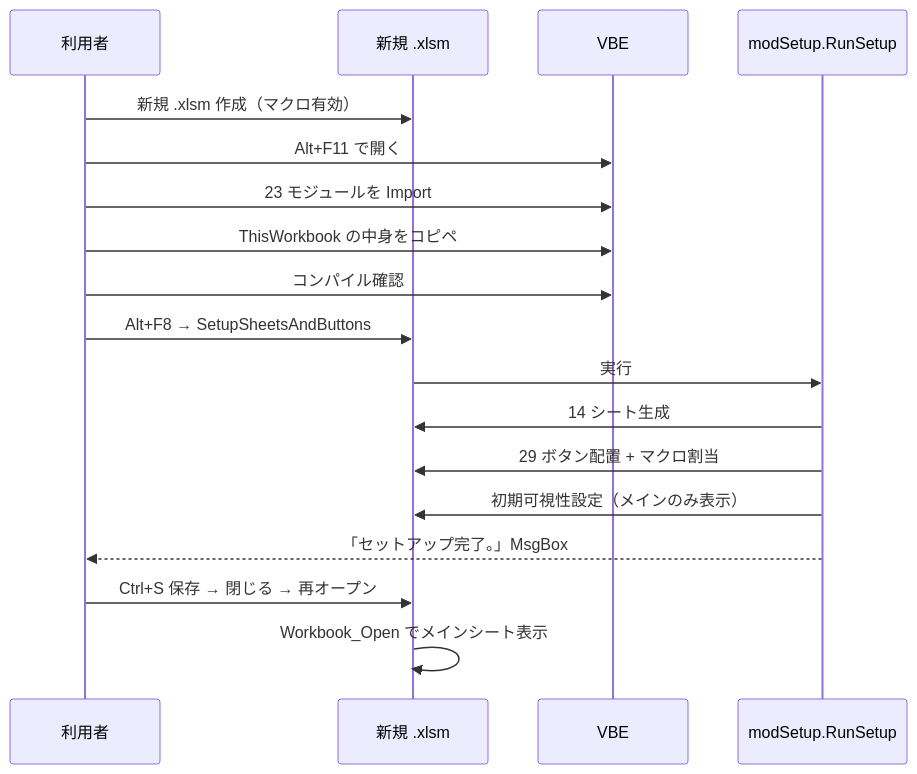
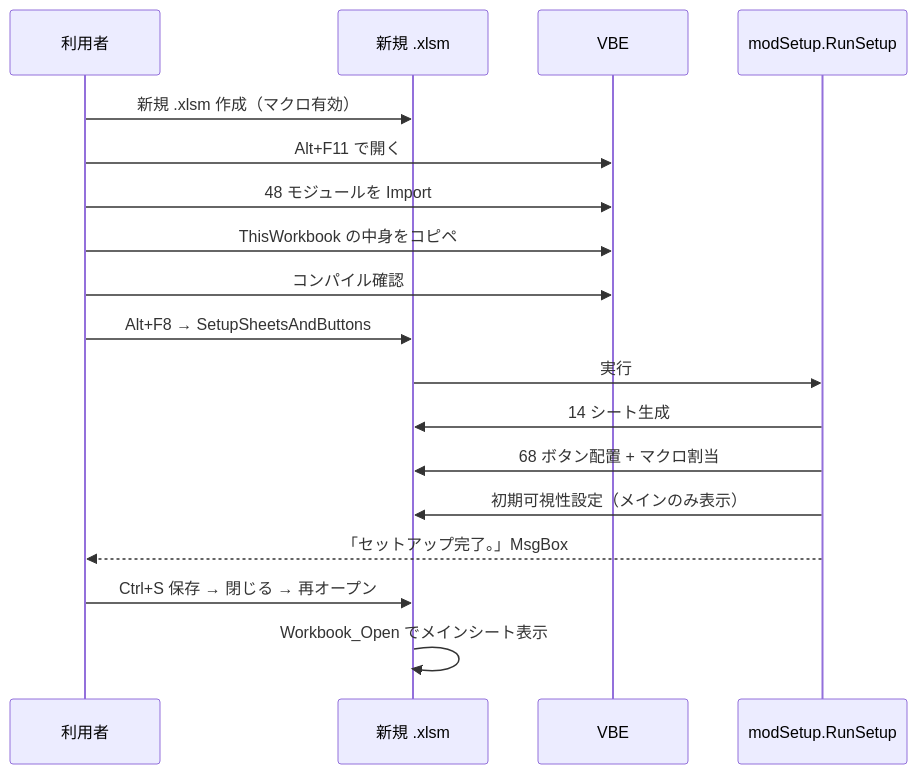
The second of 3 diagrams in docs/architecture.md (ai-crafted-portfolio/knowledgevba), drawn with Mermaid before and after one commit. The commit also changed other lines of this file and 80 other files, not shown here.

````diff
--- a/docs/architecture.md
+++ b/docs/architecture.md
@@ -93,21 +96,21 @@
 ```mermaid
 sequenceDiagram
     participant User as 利用者
     participant Excel as 新規 .xlsm
     participant VBE as VBE
     participant Setup as modSetup.RunSetup
 
     User->>Excel: 新規 .xlsm 作成（マクロ有効）
     User->>VBE: Alt+F11 で開く
-    User->>VBE: 23 モジュールを Import
+    User->>VBE: 48 モジュールを Import
     User->>VBE: ThisWorkbook の中身をコピペ
     User->>VBE: コンパイル確認
     User->>Excel: Alt+F8 → SetupSheetsAndButtons
     Excel->>Setup: 実行
     Setup->>Excel: 14 シート生成
-    Setup->>Excel: 29 ボタン配置 + マクロ割当
+    Setup->>Excel: 68 ボタン配置 + マクロ割当
     Setup->>Excel: 初期可視性設定（メインのみ表示）
     Setup-->>User: 「セットアップ完了。」MsgBox
     User->>Excel: Ctrl+S 保存 → 閉じる → 再オープン
     Excel->>Excel: Workbook_Open でメインシート表示
 ```
````
